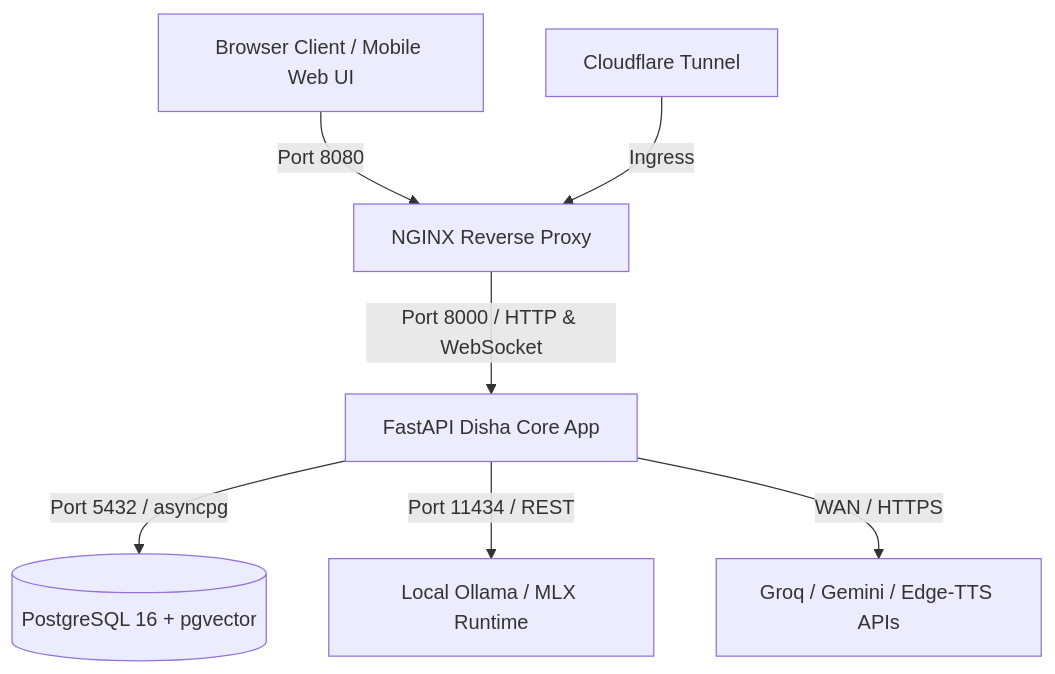
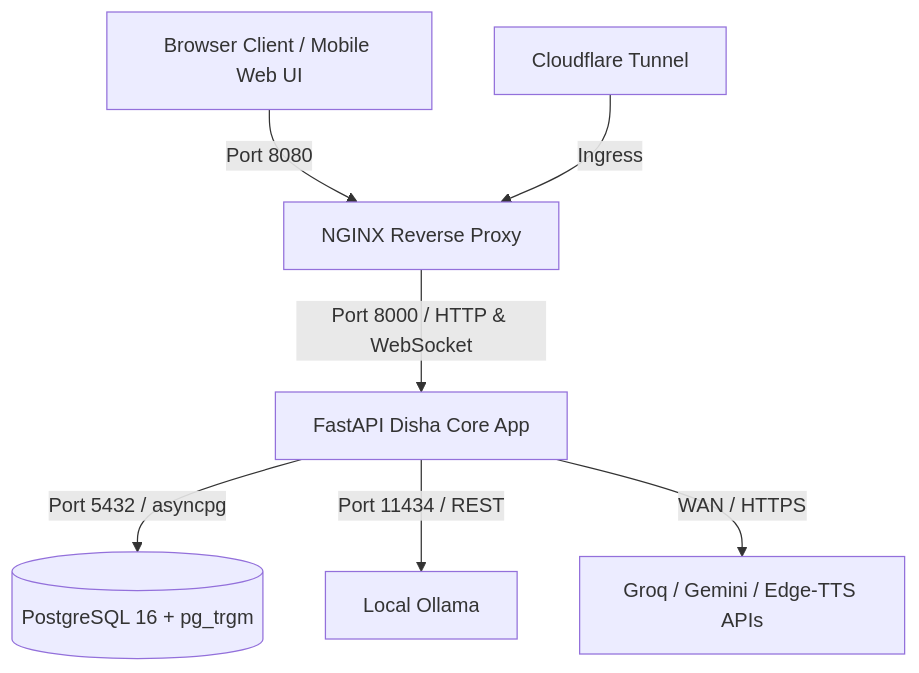
Before and after one commit to saahilpal/disha-ai: the first of 2 diagrams in docs/HOW_IT_WORKS.md, drawn with Mermaid. The commit also changed other lines of this file and 6 other files, not shown here.

````diff
--- a/docs/HOW_IT_WORKS.md
+++ b/docs/HOW_IT_WORKS.md
@@ -13,9 +13,9 @@
 ```mermaid
 graph TD
     Client[Browser Client / Mobile Web UI] -->|Port 8080| Proxy[NGINX Reverse Proxy]
     Tunnel[Cloudflare Tunnel] -->|Ingress| Proxy
     Proxy -->|Port 8000 / HTTP & WebSocket| Backend[FastAPI Disha Core App]
-    Backend -->|Port 5432 / asyncpg| Postgres[(PostgreSQL 16 + pgvector)]
-    Backend -->|Port 11434 / REST| LocalOllama[Local Ollama / MLX Runtime]
+    Backend -->|Port 5432 / asyncpg| Postgres[(PostgreSQL 16 + pg_trgm)]
+    Backend -->|Port 11434 / REST| LocalOllama[Local Ollama]
     Backend -->|WAN / HTTPS| CloudLLM[Groq / Gemini / Edge-TTS APIs]
 ```
````
